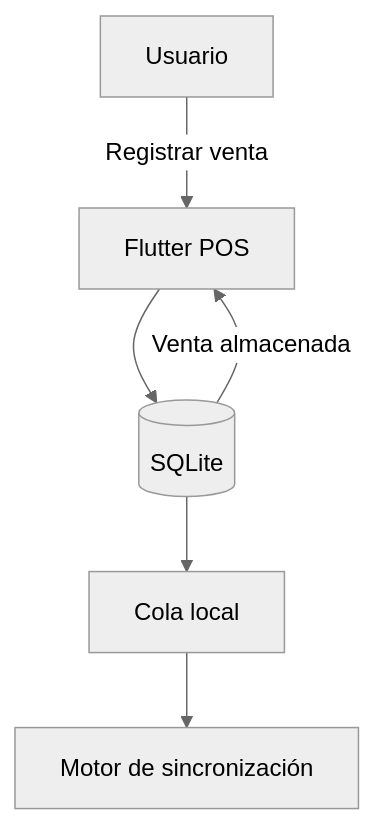
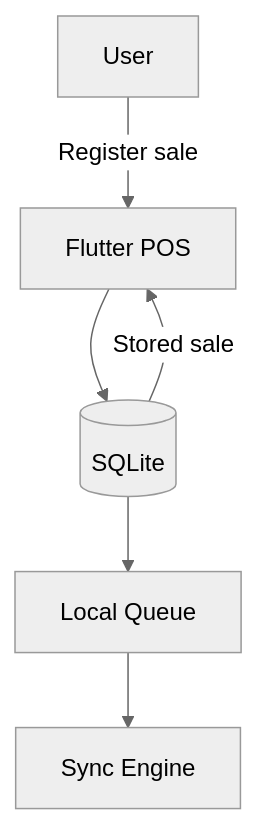
The sixth of 29 diagrams in Connectivity Strategies in Distributed Systems/ARCHITECTURE.md (migueval/software-engineering), drawn with Mermaid (neutral theme) before and after one commit. The commit also changed other lines of this file and 19 other files, not shown here.

````diff
--- a/Connectivity Strategies in Distributed Systems/ARCHITECTURE.md
+++ b/Connectivity Strategies in Distributed Systems/ARCHITECTURE.md
@@ -367,15 +367,15 @@
 ```mermaid
 flowchart TD
 
-    USER["Usuario"]
+    USER["User"]
     POS["Flutter POS"]
     DB[("SQLite")]
-    QUEUE["Cola local"]
-    SYNC_ENGINE["Motor de sincronización"]
+    QUEUE["Local Queue"]
+    SYNC_ENGINE["Sync Engine"]
 
-    USER -->|"Registrar venta"| POS
+    USER -->|"Register sale"| POS
     POS --> DB
-    DB -->|"Venta almacenada"| POS
+    DB -->|"Stored sale"| POS
     DB --> QUEUE
     QUEUE --> SYNC_ENGINE
 ```
````
